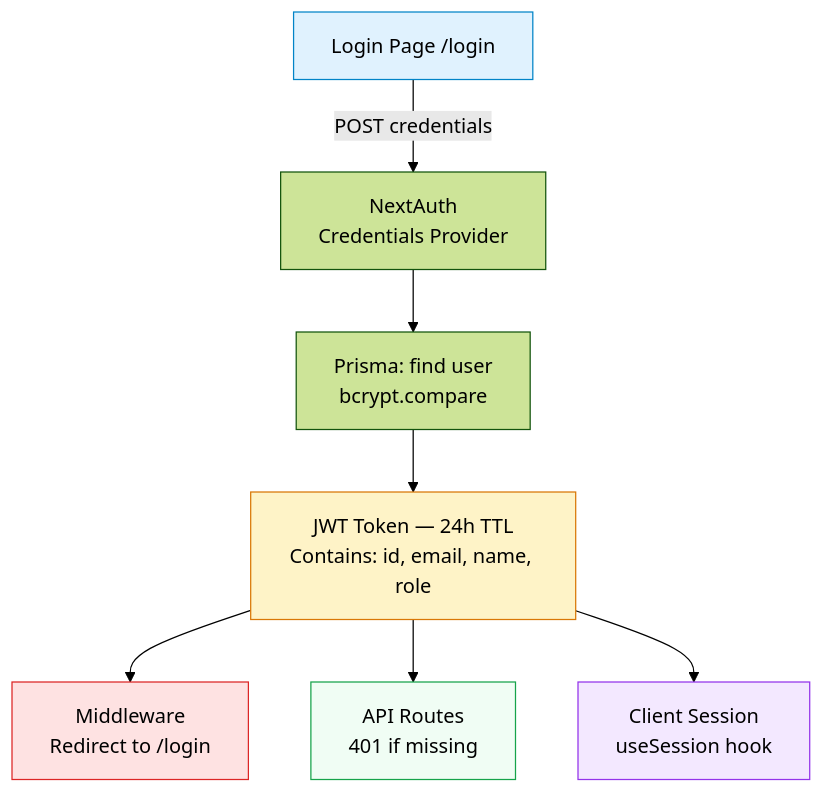
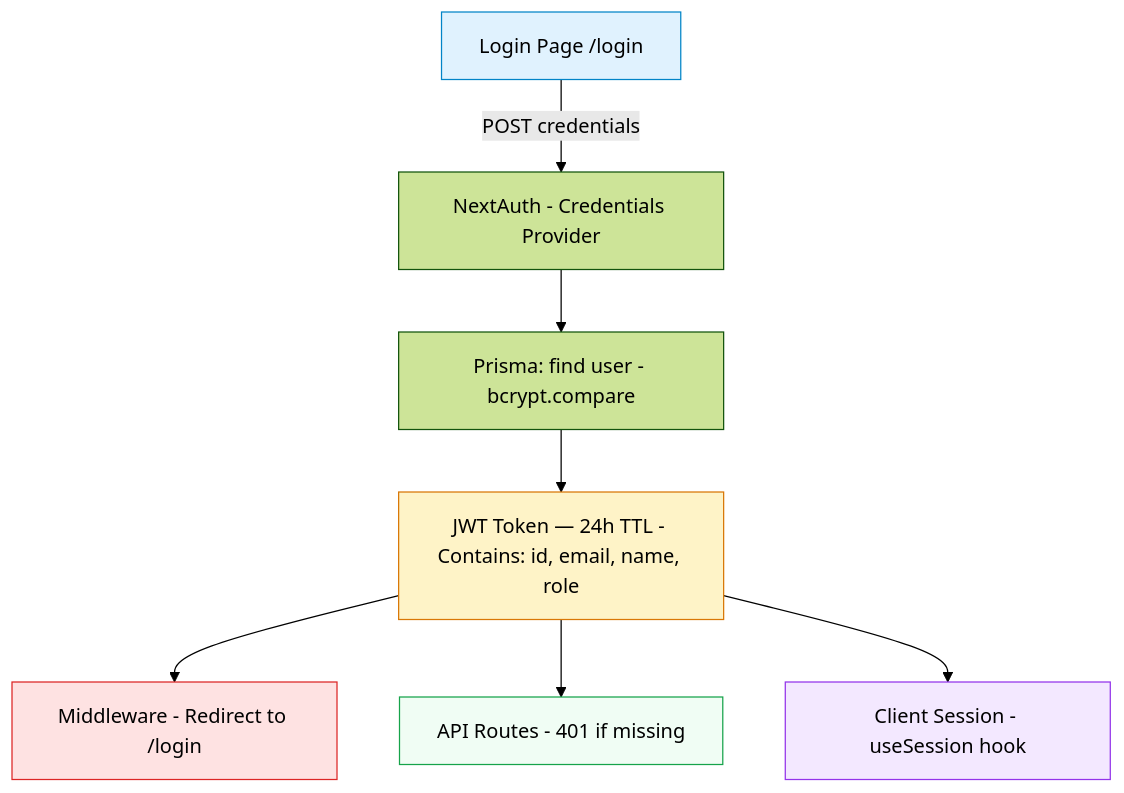
Before and after one commit to jj-shen99/changefabric: the sixth of 10 diagrams in docs/ARCHITECTURE.md, drawn with Mermaid (forest theme). The commit also changed other lines of this file and 10 other files, not shown here.

First line of the commit message:
Fix Mermaid syntax errors, update all docs to v1.3.0

````diff
--- a/docs/ARCHITECTURE.md
+++ b/docs/ARCHITECTURE.md
@@ -269,15 +269,15 @@
 ```mermaid
 flowchart TB
-    LP[Login Page /login] -->|POST credentials| NAP[NextAuth<br/>Credentials Provider]
-    NAP --> PF[Prisma: find user<br/>bcrypt.compare]
-    PF --> JWT[JWT Token — 24h TTL<br/>Contains: id, email, name, role]
-    JWT --> MW[Middleware<br/>Redirect to /login]
-    JWT --> API[API Routes<br/>401 if missing]
-    JWT --> CS[Client Session<br/>useSession hook]
+    LP[Login Page /login] -->|POST credentials| NAP[NextAuth - Credentials Provider]
+    NAP --> PF[Prisma: find user - bcrypt.compare]
+    PF --> JWT[JWT Token — 24h TTL - Contains: id, email, name, role]
+    JWT --> MW[Middleware - Redirect to /login]
+    JWT --> API[API Routes - 401 if missing]
+    JWT --> CS[Client Session - useSession hook]
 
     style LP fill:#e0f2fe,stroke:#0284c7
     style JWT fill:#fef3c7,stroke:#d97706
     style MW fill:#fee2e2,stroke:#dc2626
     style API fill:#f0fdf4,stroke:#16a34a
     style CS fill:#f3e8ff,stroke:#9333ea
 ```
````
